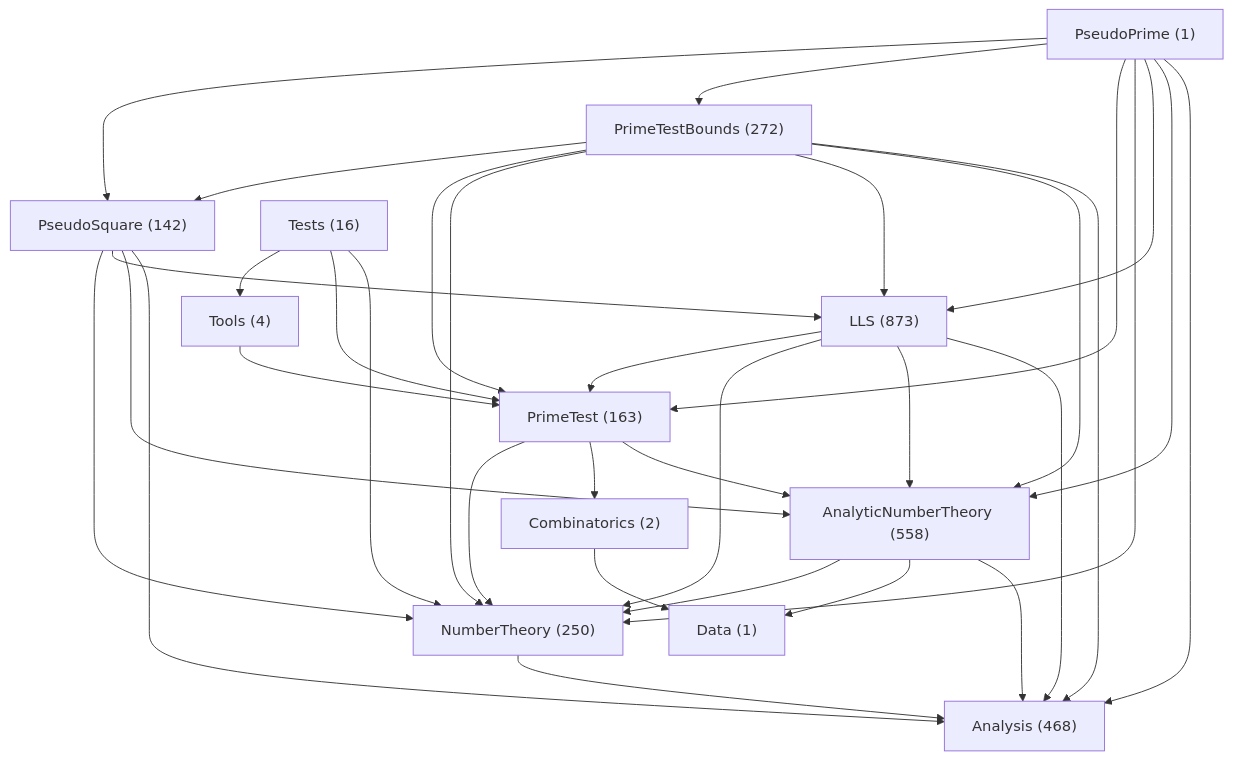
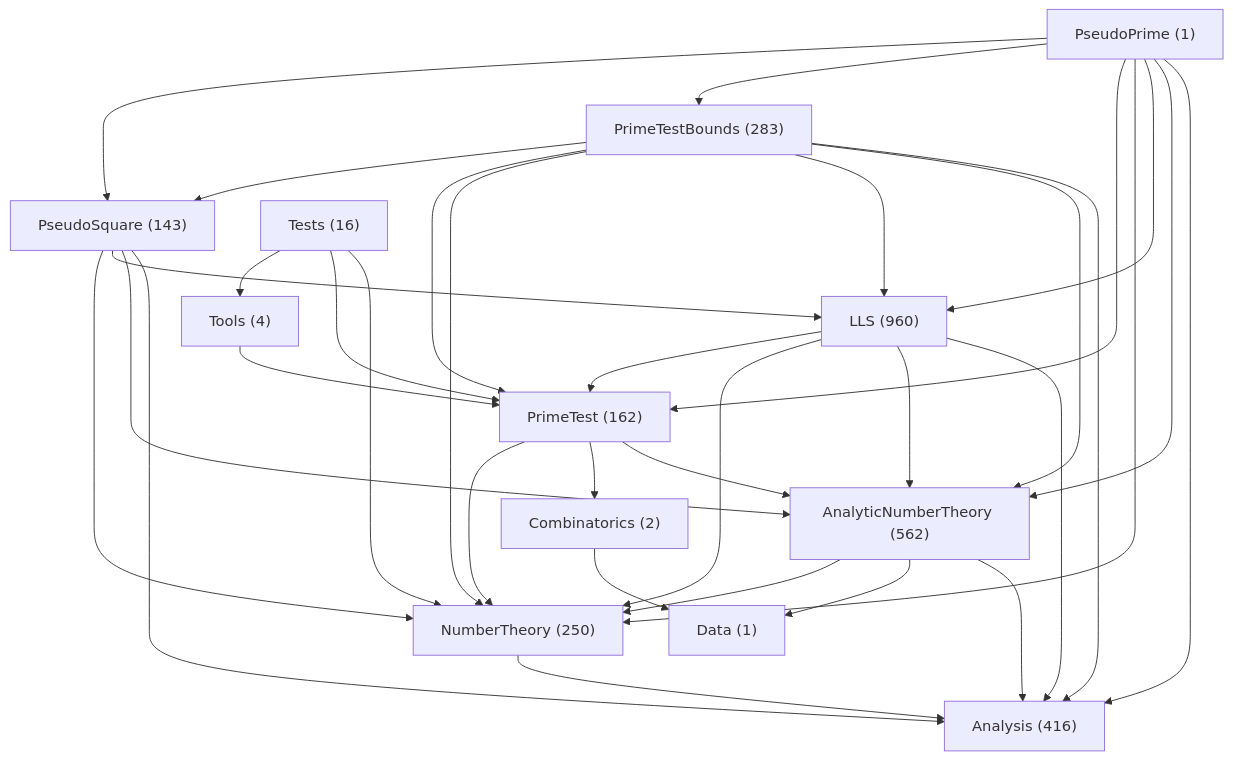
Before and after one commit to mizar/PseudoPrimeLean: the diagram in doc/NamespaceLayout.md, drawn with Mermaid. The commit also changed other lines of this file and 1455 other files, not shown here.

````diff
--- a/doc/NamespaceLayout.md
+++ b/doc/NamespaceLayout.md
@@ -80,48 +86,48 @@
 ```mermaid
 flowchart TD
     N0["PseudoPrime (1)"]
-    N1["Analysis (468)"]
-    N2["AnalyticNumberTheory (558)"]
+    N1["Analysis (416)"]
+    N2["AnalyticNumberTheory (562)"]
     N3["Combinatorics (2)"]
     N4["Data (1)"]
-    N5["LLS (873)"]
+    N5["LLS (960)"]
     N6["NumberTheory (250)"]
-    N7["PrimeTest (163)"]
-    N8["PrimeTestBounds (272)"]
-    N9["PseudoSquare (142)"]
+    N7["PrimeTest (162)"]
+    N8["PrimeTestBounds (283)"]
+    N9["PseudoSquare (143)"]
     N10["Tests (16)"]
     N11["Tools (4)"]
     N0 --> N1
     N0 --> N2
     N0 --> N5
     N0 --> N6
     N0 --> N7
     N0 --> N8
     N0 --> N9
     N2 --> N1
     N2 --> N4
     N2 --> N6
     N3 --> N4
     N5 --> N1
     N5 --> N2
     N5 --> N6
     N5 --> N7
     N6 --> N1
     N7 --> N2
     N7 --> N3
     N7 --> N6
     N8 --> N1
     N8 --> N2
     N8 --> N5
     N8 --> N6
     N8 --> N7
     N8 --> N9
     N9 --> N1
     N9 --> N2
     N9 --> N5
     N9 --> N6
     N10 --> N6
     N10 --> N7
     N10 --> N11
     N11 --> N7
 ```
````
